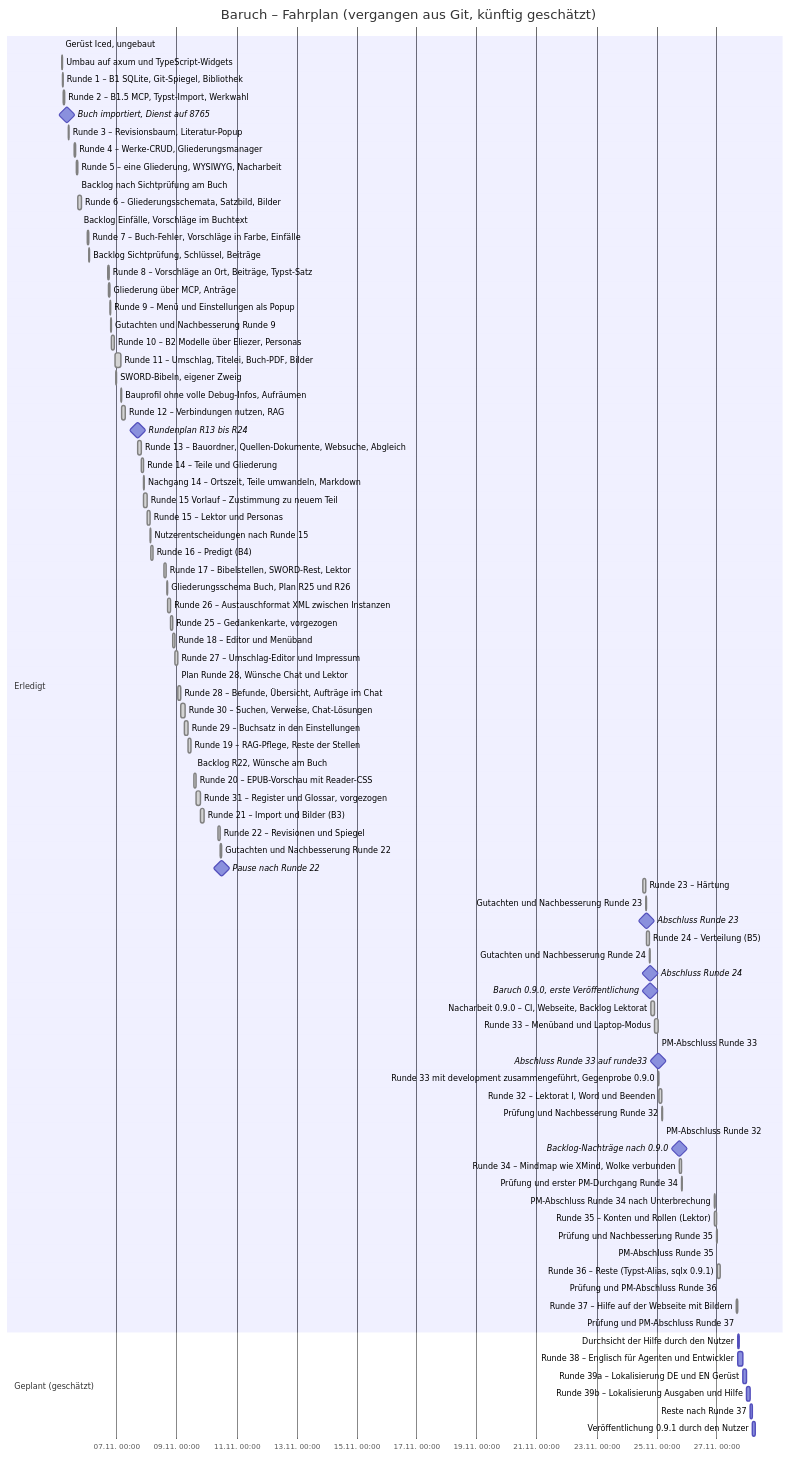
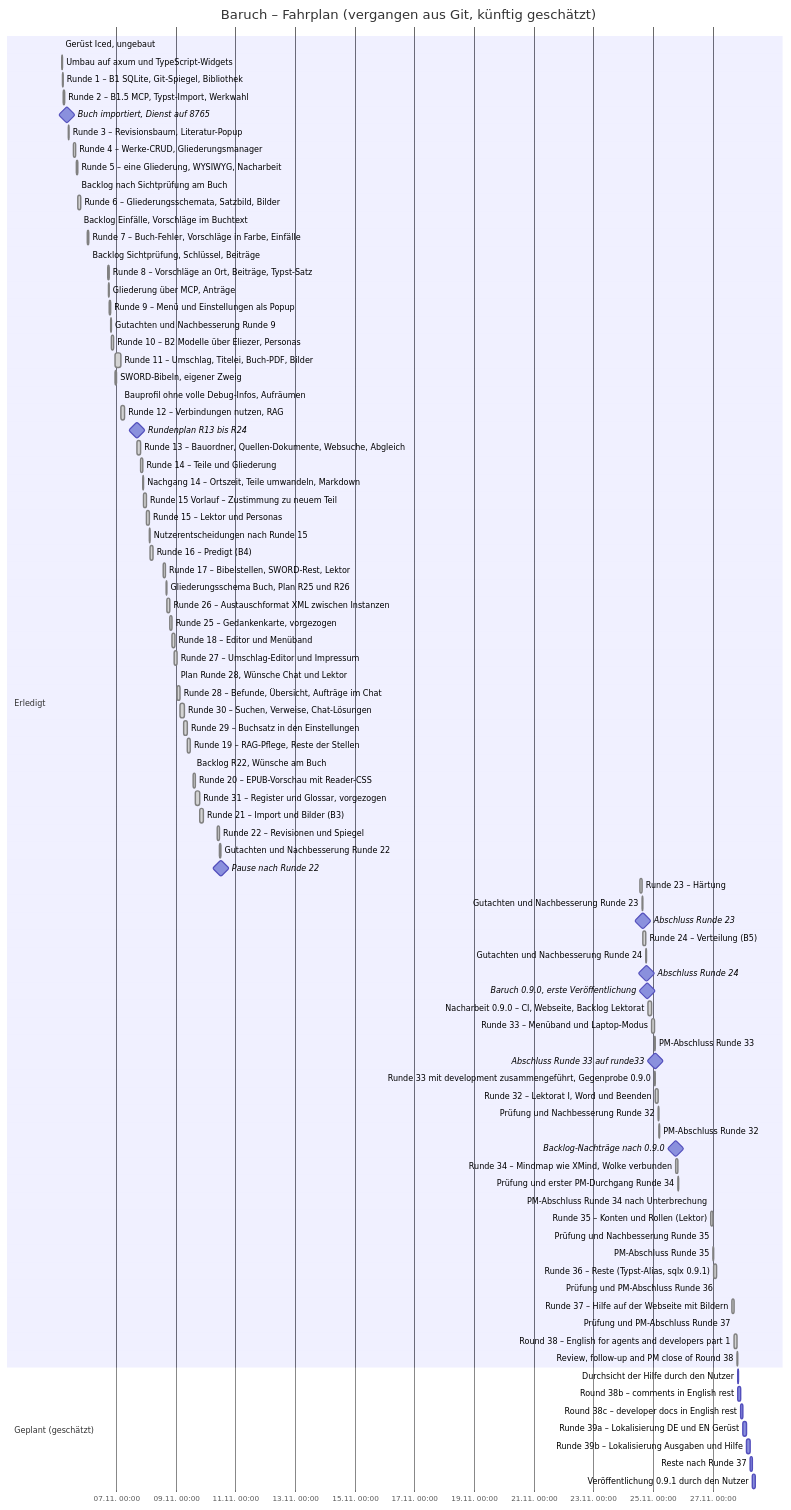
The diagram in docs/Fahrplan.md (Beerlesklopfer/baruch), drawn with Mermaid before and after one commit. The commit also changed other lines of this file and 2 other files, not shown here.

First line of the commit message:
PM close Round 38, part 1: roadmap, backlog and HANDOFF updated

```diff
--- a/docs/Fahrplan.md
+++ b/docs/Fahrplan.md
@@ -99,10 +99,14 @@
     Runde 37 – Hilfe auf der Webseite mit Bildern :done, r37, 2026-11-27 15:38, 79m
     Prüfung und PM-Abschluss Runde 37             :done, r37p, 2026-11-27 16:57, 15m
 
+    Round 38 – English for agents and developers part 1 :done, r38, 2026-11-27 17:14, 137m
+    Review, follow-up and PM close of Round 38    :done, r38p, 2026-11-27 19:31, 25m
+
     section Geplant (geschätzt)
-    Durchsicht der Hilfe durch den Nutzer         :dh37, after r37p, 60m
-    Runde 38 – Englisch für Agenten und Entwickler :r38, after r37p, 240m
-    Runde 39a – Lokalisierung DE und EN Gerüst    :r39a, after r38, 180m
+    Durchsicht der Hilfe durch den Nutzer         :dh37, after r38p, 60m
+    Round 38b – comments in English rest          :r38b, after r38p, 150m
+    Round 38c – developer docs in English rest    :r38c, after r38b, 120m
+    Runde 39a – Lokalisierung DE und EN Gerüst    :r39a, after r38c, 180m
     Runde 39b – Lokalisierung Ausgaben und Hilfe  :r39b, after r39a, 180m
     Reste nach Runde 37                           :rest37, after r39b, 100m
     Veröffentlichung 0.9.1 durch den Nutzer       :rel091, after rest37, 130m
```
